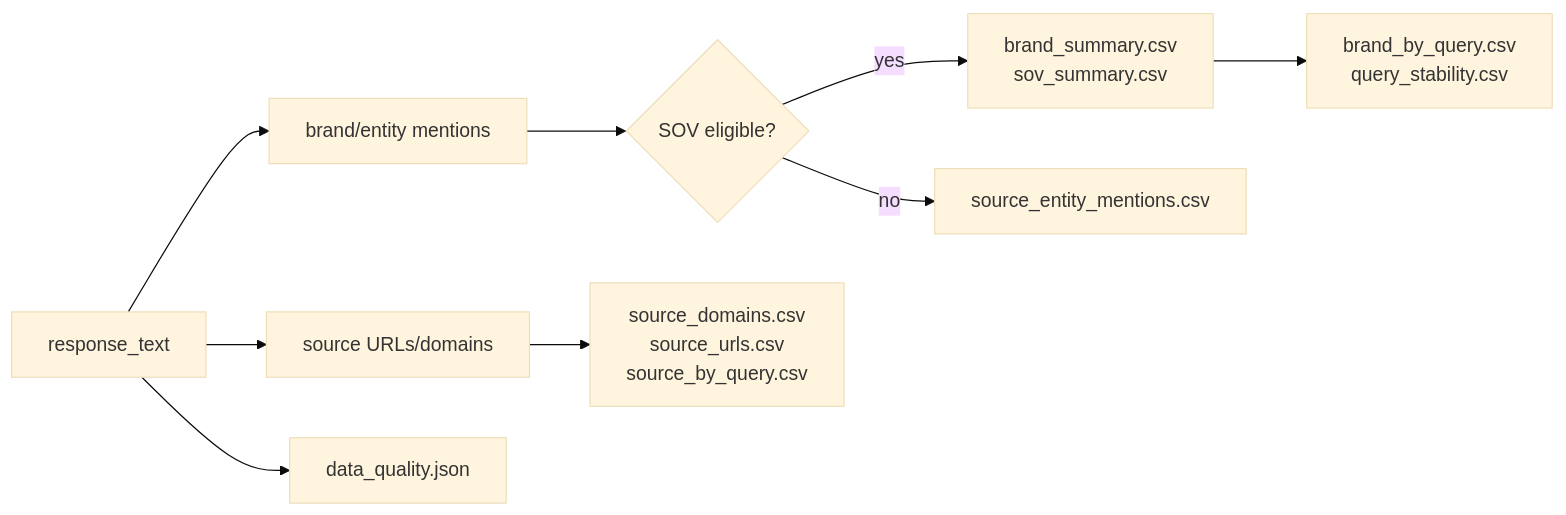
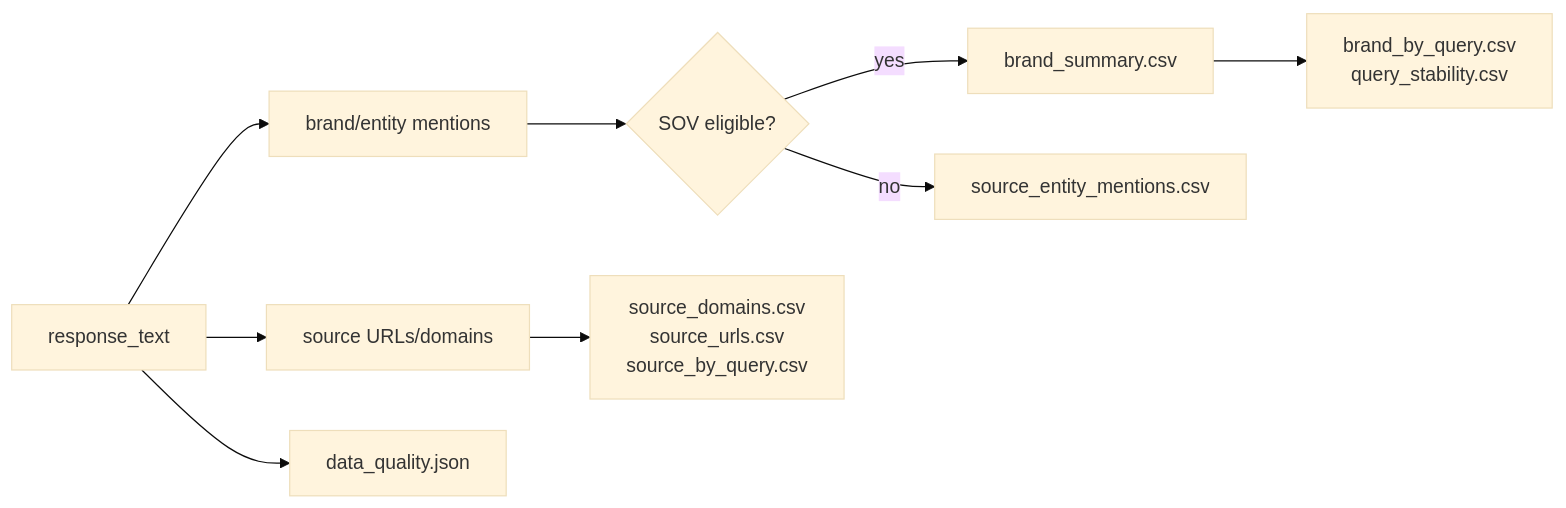
Before and after one commit to ccchenhuohuo/geo-monitor: the third of 3 diagrams in README.zh-CN.md, drawn with Mermaid (base theme). The commit also changed other lines of this file and 78 other files, not shown here.

Commit message:
Converge the 0.2 architecture and remove legacy paths (#11)

````diff
--- a/README.zh-CN.md
+++ b/README.zh-CN.md
@@ -427,11 +443,11 @@
 ```mermaid
 flowchart LR
     RawAnswer["response_text"] --> Mentions["brand/entity mentions"]
     Mentions --> Eligible{"SOV eligible?"}
-    Eligible -->|yes| BrandMetrics["brand_summary.csv<br/>sov_summary.csv"]
+    Eligible -->|yes| BrandMetrics["brand_summary.csv"]
     Eligible -->|no| SourceEntities["source_entity_mentions.csv"]
     BrandMetrics --> QueryMetrics["brand_by_query.csv<br/>query_stability.csv"]
     RawAnswer --> Sources["source URLs/domains"]
     Sources --> SourceMetrics["source_domains.csv<br/>source_urls.csv<br/>source_by_query.csv"]
     RawAnswer --> Quality["data_quality.json"]
 ```
````
